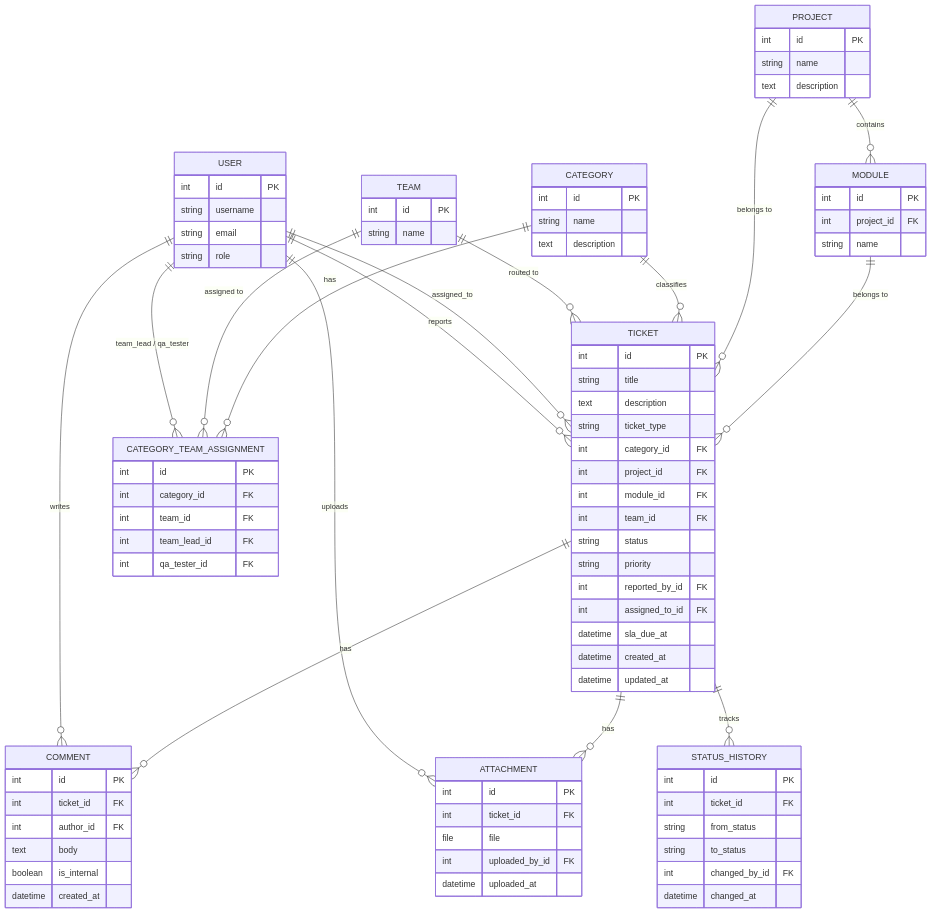
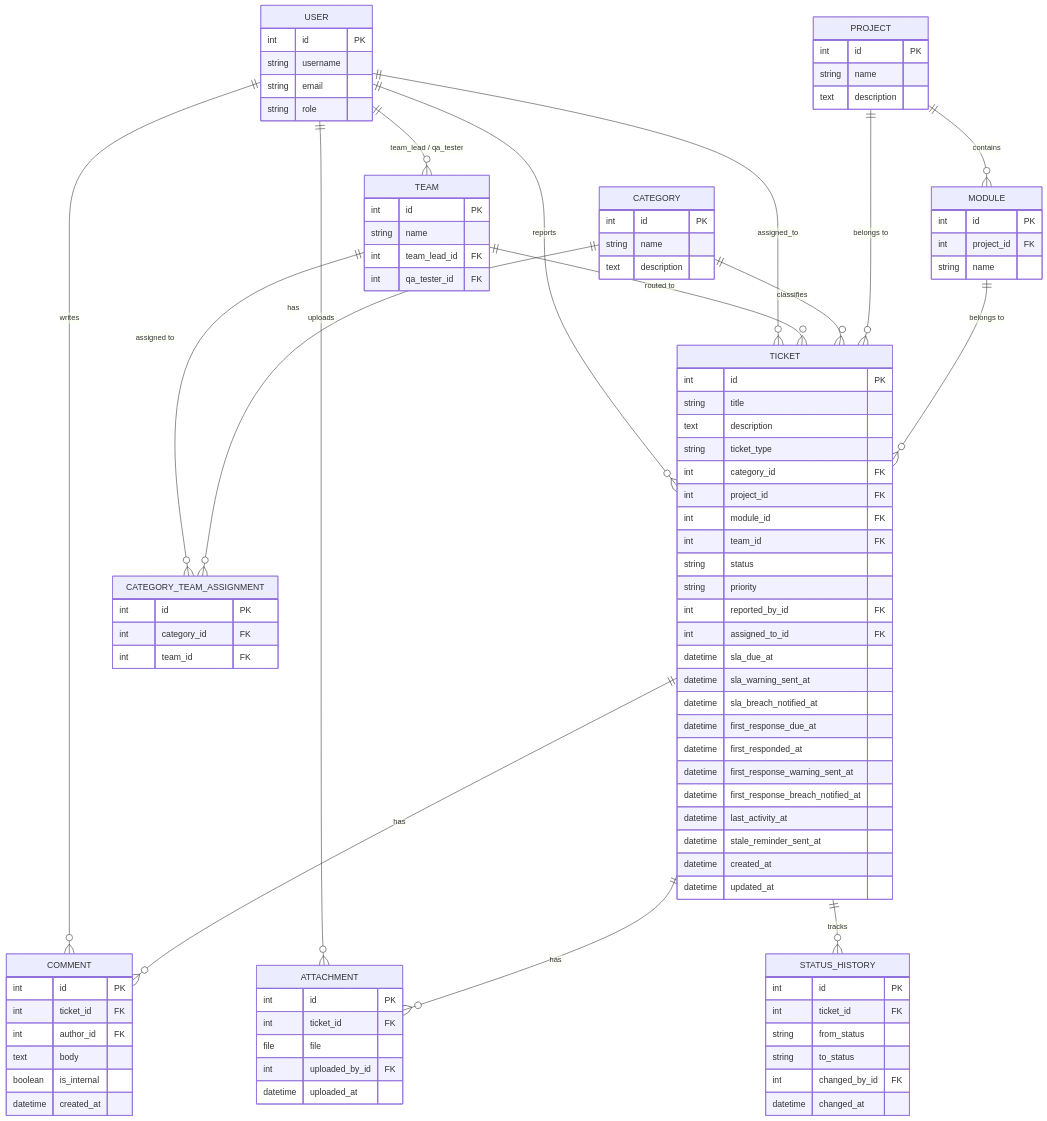
The diagram in docs/ERD.md (Sugaraa1/Ticket-Management-System), drawn with Mermaid before and after one commit. The commit also changed other lines of this file and 8 other files, not shown here.

```diff
--- a/docs/ERD.md
+++ b/docs/ERD.md
@@ -8,7 +8,7 @@
     USER ||--o{ TICKET : "assigned_to"
     USER ||--o{ COMMENT : "writes"
     USER ||--o{ ATTACHMENT : "uploads"
-    USER ||--o{ CATEGORY_TEAM_ASSIGNMENT : "team_lead / qa_tester"
+    USER ||--o{ TEAM : "team_lead / qa_tester"
 
     TEAM ||--o{ CATEGORY_TEAM_ASSIGNMENT : "assigned to"
     TEAM ||--o{ TICKET : "routed to"
@@ -34,6 +34,8 @@
     TEAM {
         int id PK
         string name
+        int team_lead_id FK
+        int qa_tester_id FK
     }
 
     CATEGORY {
@@ -46,8 +48,6 @@
         int id PK
         int category_id FK
         int team_id FK
-        int team_lead_id FK
-        int qa_tester_id FK
     }
 
     PROJECT {
@@ -76,6 +76,14 @@
         int reported_by_id FK
         int assigned_to_id FK
         datetime sla_due_at
+        datetime sla_warning_sent_at
+        datetime sla_breach_notified_at
+        datetime first_response_due_at
+        datetime first_responded_at
+        datetime first_response_warning_sent_at
+        datetime first_response_breach_notified_at
+        datetime last_activity_at
+        datetime stale_reminder_sent_at
         datetime created_at
         datetime updated_at
     }
```
